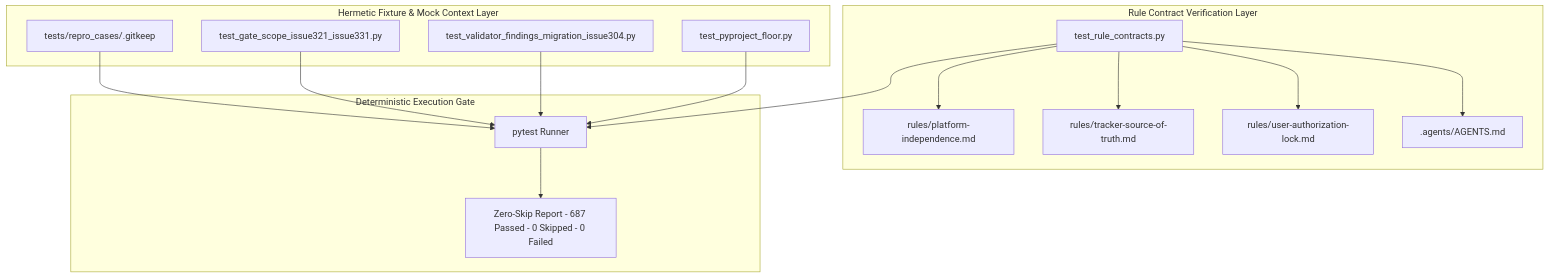
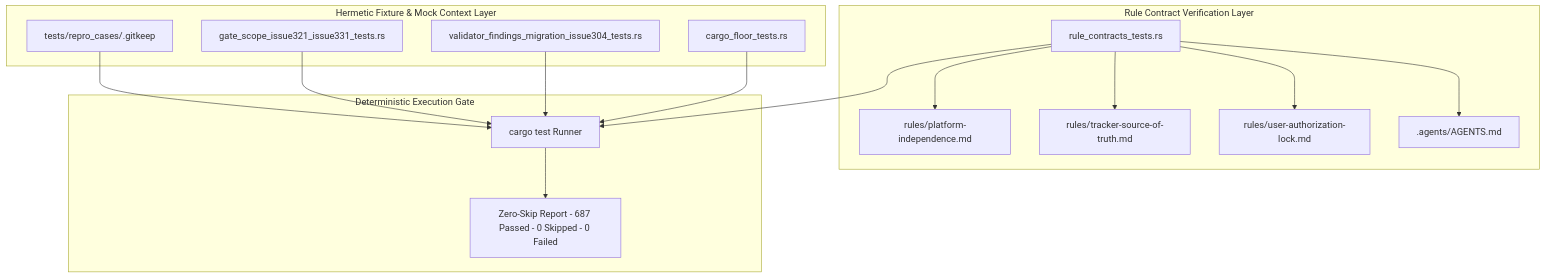
One commit to gintatkinson/DEAP01-spec-core changed the second of 3 diagrams in docs/designs/zero-skip-test-remediation-blueprint.md. Above: the diagram before and after it, drawn with Mermaid. The commit also changed other lines of this file and 162 other files, not shown here.

Commit message:
feat(verify-baseline,compile-sysml,ingest-sysml,deap-core): enforce Check 36 per-item 7-section docstring gate, Check 33 zero-Python content scanner, FEAT-42 source AST ingestion and docstring synthesizer, and 12-check defect dossier validator (refs #465, #466, #467, #468, #469)

````diff
--- a/docs/designs/zero-skip-test-remediation-blueprint.md
+++ b/docs/designs/zero-skip-test-remediation-blueprint.md
@@ -93,32 +93,32 @@
 ```mermaid
 graph TD
     subgraph "Rule Contract Verification Layer"
-        RC["test_rule_contracts.py"]
+        RC["rule_contracts_tests.rs"]
         PI["rules/platform-independence.md"]
         TR["rules/tracker-source-of-truth.md"]
         UA["rules/user-authorization-lock.md"]
         AG[".agents/AGENTS.md"]
         RC --> PI
         RC --> TR
         RC --> UA
         RC --> AG
     end
 
     subgraph "Hermetic Fixture & Mock Context Layer"
         RK["tests/repro_cases/.gitkeep"]
-        GS["test_gate_scope_issue321_issue331.py"]
-        VF["test_validator_findings_migration_issue304.py"]
-        PF["test_pyproject_floor.py"]
+        GS["gate_scope_issue321_issue331_tests.rs"]
+        VF["validator_findings_migration_issue304_tests.rs"]
+        PF["cargo_floor_tests.rs"]
     end
 
     subgraph "Deterministic Execution Gate"
-        PYTEST["pytest Runner"]
+        CARGO_TEST["cargo test Runner"]
         REPORT["Zero-Skip Report - 687 Passed - 0 Skipped - 0 Failed"]
-        RC --> PYTEST
-        RK --> PYTEST
-        GS --> PYTEST
-        VF --> PYTEST
-        PF --> PYTEST
-        PYTEST --> REPORT
+        RC --> CARGO_TEST
+        RK --> CARGO_TEST
+        GS --> CARGO_TEST
+        VF --> CARGO_TEST
+        PF --> CARGO_TEST
+        CARGO_TEST --> REPORT
     end
 ```
````
